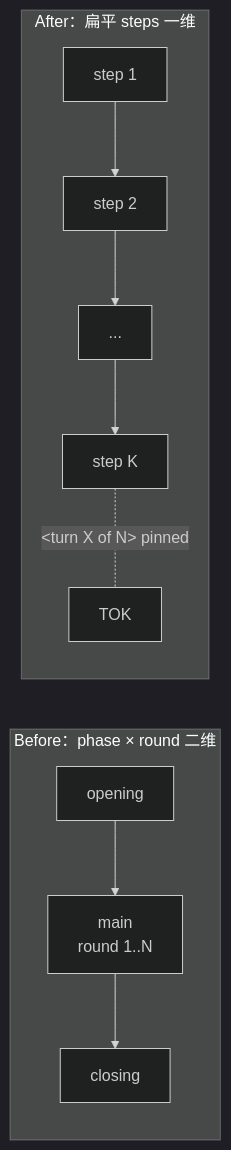
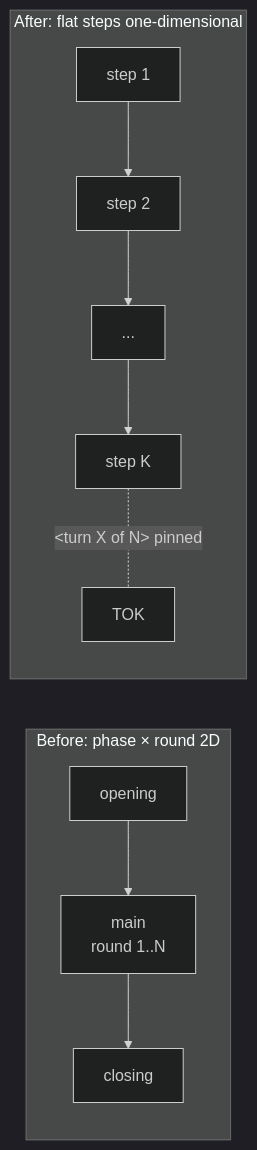
The ninth of 13 diagrams in play/agent_engine/JOURNAL.md (AndyUneducated/alchemy), drawn with Mermaid (dark theme) before and after one commit. The commit also changed other lines of this file and 197 other files, not shown here.

````diff
--- a/play/agent_engine/JOURNAL.md
+++ b/play/agent_engine/JOURNAL.md
@@ -324,10 +320,10 @@
 ```mermaid
 flowchart LR
-    subgraph Before[Before：phase × round 二维]
-      OP[opening] --> MN[main<br/>round 1..N] --> CL[closing]
-    end
-    subgraph After[After：扁平 steps 一维]
-      S1[step 1] --> S2[step 2] --> S3[...] --> SN[step K]
-      SN -. &lt;turn X of N&gt; pinned .- TOK
-    end
+subgraph Before[Before: phase × round 2D]
+OP[opening] --> MN[main<br/>round 1..N] --> CL[closing]
+end
+subgraph After[After: flat steps one-dimensional]
+S1[step 1] --> S2[step 2] --> S3[...] --> SN[step K]
+SN -. &lt;turn X of N&gt; pinned .- TOK
+end
 ```
````
